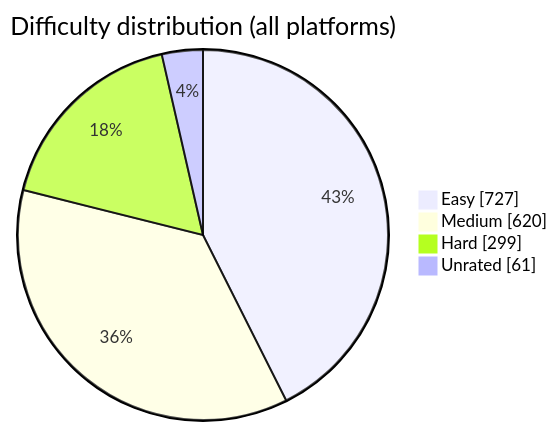
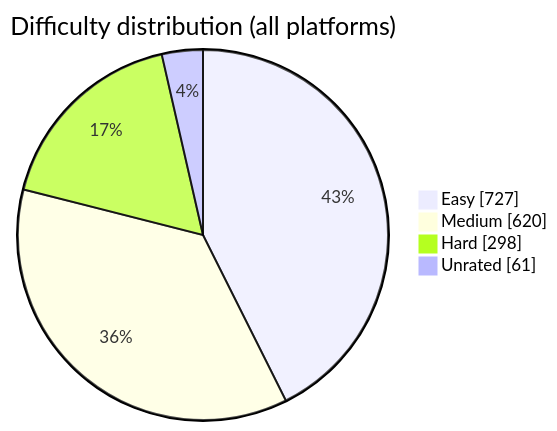
The diagram in README.md (BuildbyArindam/Daily-Coding-Log), drawn with Mermaid before and after one commit. The commit also changed other lines of this file, not shown here.

````diff
--- a/README.md
+++ b/README.md
@@ -93,7 +93,7 @@
 ```mermaid
 pie showData title Difficulty distribution (all platforms)
     "Easy" : 727
     "Medium" : 620
-    "Hard" : 299
+    "Hard" : 298
     "Unrated" : 61
 ```
````
